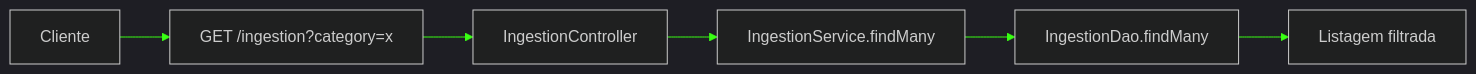
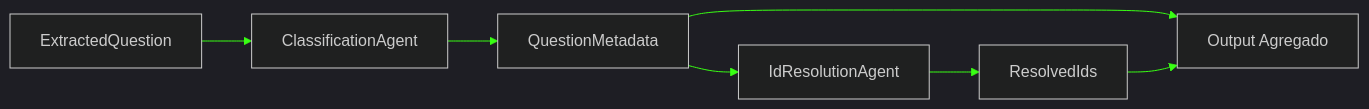
The diagram in PR 50 — Fase 2: Consulta Operacional de Ingestions por Categoria.md (matheusdiamantino-betalent/questions-ai), drawn with Mermaid before and after one commit. The commit also changed other lines of this file, not shown here.

````diff
--- a/PR 50 — Fase 2: Consulta Operacional de Ingestions por Categoria.md
+++ b/PR 50 — Fase 2: Consulta Operacional de Ingestions por Categoria.md
@@ -99,16 +102,17 @@
 ```mermaid
 %%{init: {'theme':'dark','themeVariables':{
   'primaryColor':'#0f172a',
   'primaryTextColor':'#e5e7eb',
   'primaryBorderColor':'#22d3ee',
   'lineColor':'#39ff14',
   'secondaryColor':'#111827',
   'tertiaryColor':'#0b1220'
 }}}%%
 flowchart LR
-    A[Cliente] --> B[GET /ingestion?category=x]
-    B --> C[IngestionController]
-    C --> D[IngestionService.findMany]
-    D --> E[IngestionDao.findMany]
-    E --> F[Listagem filtrada]
+    A[ExtractedQuestion] --> B[ClassificationAgent]
+    B --> C[QuestionMetadata]
+    C --> D[IdResolutionAgent]
+    D --> E[ResolvedIds]
+    C --> F[Output Agregado]
+    E --> F
 ```
````
